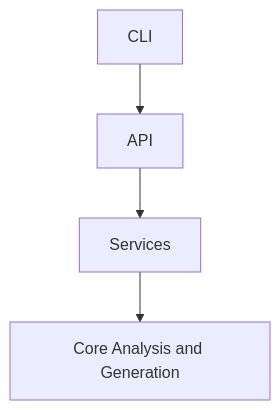
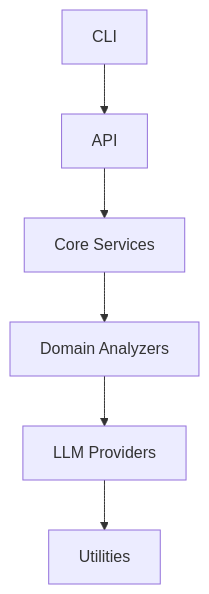
The diagram in openspec/specs/architecture/spec.md (mhv2109/spec-gen), drawn with Mermaid before and after one commit. The commit also changed other lines of this file and 9 other files, not shown here.

````diff
--- a/openspec/specs/architecture/spec.md
+++ b/openspec/specs/architecture/spec.md
@@ -41,10 +43,14 @@
 ```mermaid
 graph TB
     CLI[CLI]
     CLI --> API
     API[API]
-    API --> Services
-    Services[Services]
-    Services --> CoreAnalysisandGeneration
-    CoreAnalysisandGeneration[Core Analysis and Generation]
+    API --> CoreServices
+    CoreServices[Core Services]
+    CoreServices --> DomainAnalyzers
+    DomainAnalyzers[Domain Analyzers]
+    DomainAnalyzers --> LLMProviders
+    LLMProviders[LLM Providers]
+    LLMProviders --> Utilities
+    Utilities[Utilities]
 ```
````
